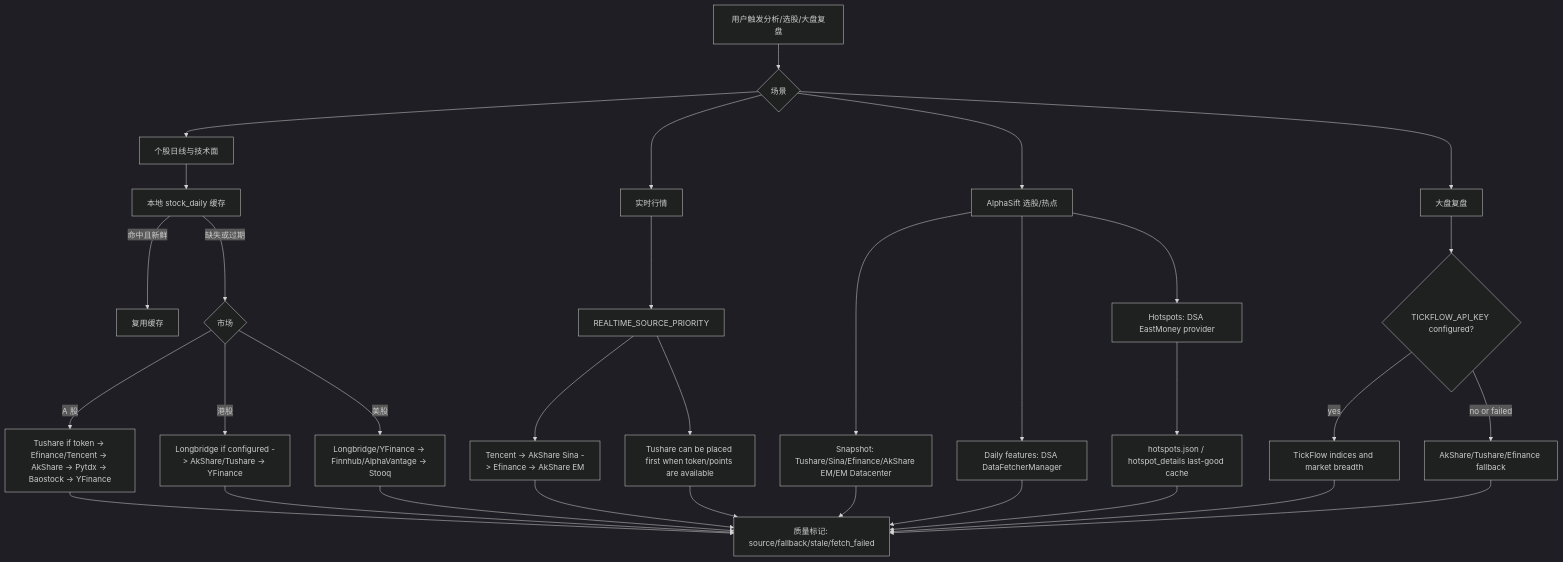
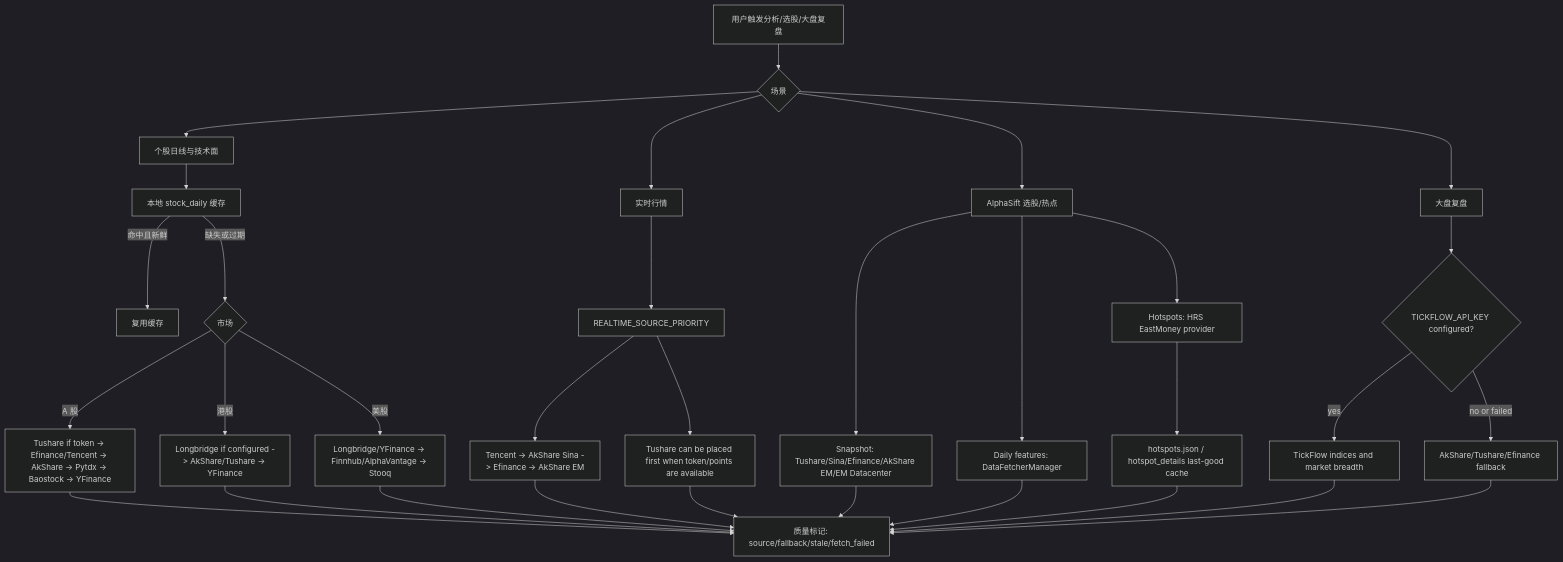
One commit to ArcSeek-X/HermesX changed the first of 3 diagrams in docs/data-source-stability.md. Above: the diagram before and after it, drawn with Mermaid (dark theme). The commit also changed other lines of this file and 143 other files, not shown here.

````diff
--- a/docs/data-source-stability.md
+++ b/docs/data-source-stability.md
@@ -30,40 +30,40 @@
 ```mermaid
 flowchart TD
     Q[用户触发分析/选股/大盘复盘] --> S{场景}
 
     S --> D[个股日线与技术面]
     S --> R[实时行情]
     S --> A[AlphaSift 选股/热点]
     S --> M[大盘复盘]
 
     D --> C[本地 stock_daily 缓存]
     C -->|命中且新鲜| COK[复用缓存]
     C -->|缺失或过期| DM{市场}
     DM -->|A 股| CN[Tushare if token -> Efinance/Tencent -> AkShare -> Pytdx -> Baostock -> YFinance]
     DM -->|港股| HK[Longbridge if configured -> AkShare/Tushare -> YFinance]
     DM -->|美股| US[Longbridge/YFinance -> Finnhub/AlphaVantage -> Stooq]
 
     R --> RP[REALTIME_SOURCE_PRIORITY]
     RP --> RS[Tencent -> AkShare Sina -> Efinance -> AkShare EM]
     RP --> RT[Tushare can be placed first when token/points are available]
 
     A --> AS[Snapshot: Tushare/Sina/Efinance/AkShare EM/EM Datacenter]
-    A --> AD[Daily features: DSA DataFetcherManager]
-    A --> AH[Hotspots: DSA EastMoney provider]
+    A --> AD[Daily features: DataFetcherManager]
+    A --> AH[Hotspots: HRS EastMoney provider]
     AH --> AC[hotspots.json / hotspot_details last-good cache]
 
     M --> TF{TICKFLOW_API_KEY configured?}
     TF -->|yes| TFM[TickFlow indices and market breadth]
     TF -->|no or failed| MF[AkShare/Tushare/Efinance fallback]
 
     CN --> QL[质量标记: source/fallback/stale/fetch_failed]
     HK --> QL
     US --> QL
     RS --> QL
     RT --> QL
     AS --> QL
     AD --> QL
     AC --> QL
     TFM --> QL
     MF --> QL
 ```
````
